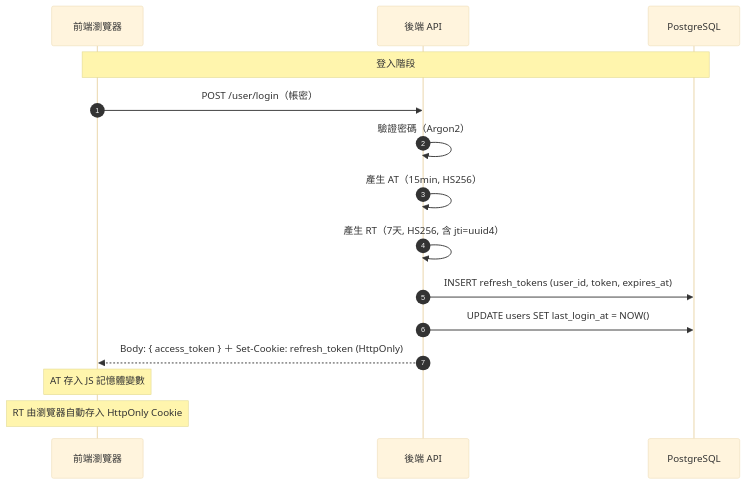
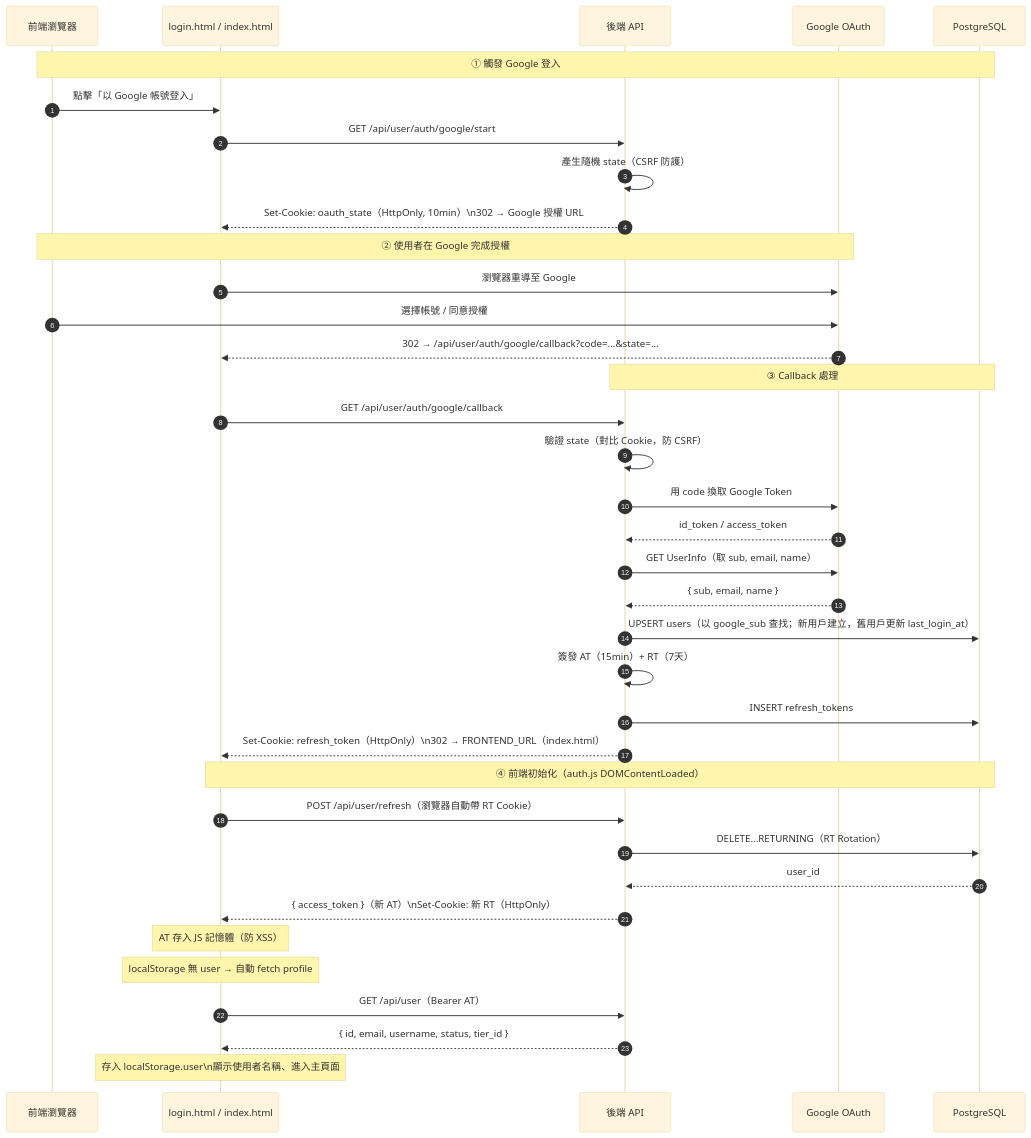
One commit to WilliamTsai1227/Stock-Insight-Chat changed the fourth of 7 diagrams in README.md. Above: the diagram before and after it, drawn with Mermaid (base theme). The commit also changed other lines of this file and 11 other files, not shown here.

````diff
--- a/README.md
+++ b/README.md
@@ -709,19 +709,44 @@
 ```mermaid
 sequenceDiagram
     autonumber
     participant User as 前端瀏覽器
+    participant FE as login.html / index.html
     participant API as 後端 API
+    participant Google as Google OAuth
     participant DB as PostgreSQL
 
-    Note over User, DB: 登入階段
-    User->>API: POST /user/login（帳密）
-    API->>API: 驗證密碼（Argon2）
-    API->>API: 產生 AT（15min, HS256）
-    API->>API: 產生 RT（7天, HS256, 含 jti=uuid4）
-    API->>DB: INSERT refresh_tokens (user_id, token, expires_at)
-    API->>DB: UPDATE users SET last_login_at = NOW()
-    API-->>User: Body: { access_token } ＋ Set-Cookie: refresh_token (HttpOnly)
+    Note over User, DB: ① 觸發 Google 登入
+    User->>FE: 點擊「以 Google 帳號登入」
+    FE->>API: GET /api/user/auth/google/start
+    API->>API: 產生隨機 state（CSRF 防護）
+    API-->>FE: Set-Cookie: oauth_state（HttpOnly, 10min）\n302 → Google 授權 URL
 
-    Note over User: AT 存入 JS 記憶體變數
-    Note over User: RT 由瀏覽器自動存入 HttpOnly Cookie
+    Note over User, Google: ② 使用者在 Google 完成授權
+    FE->>Google: 瀏覽器重導至 Google
+    User->>Google: 選擇帳號 / 同意授權
+    Google-->>FE: 302 → /api/user/auth/google/callback?code=...&state=...
+
+    Note over API, DB: ③ Callback 處理
+    FE->>API: GET /api/user/auth/google/callback
+    API->>API: 驗證 state（對比 Cookie，防 CSRF）
+    API->>Google: 用 code 換取 Google Token
+    Google-->>API: id_token / access_token
+    API->>Google: GET UserInfo（取 sub, email, name）
+    Google-->>API: { sub, email, name }
+    API->>DB: UPSERT users（以 google_sub 查找；新用戶建立，舊用戶更新 last_login_at）
+    API->>API: 簽發 AT（15min）+ RT（7天）
+    API->>DB: INSERT refresh_tokens
+    API-->>FE: Set-Cookie: refresh_token（HttpOnly）\n302 → FRONTEND_URL（index.html）
+
+    Note over FE, DB: ④ 前端初始化（auth.js DOMContentLoaded）
+    FE->>API: POST /api/user/refresh（瀏覽器自動帶 RT Cookie）
+    API->>DB: DELETE...RETURNING（RT Rotation）
+    DB-->>API: user_id
+    API-->>FE: { access_token }（新 AT）\nSet-Cookie: 新 RT（HttpOnly）
+    Note over FE: AT 存入 JS 記憶體（防 XSS）
+
+    Note over FE: localStorage 無 user → 自動 fetch profile
+    FE->>API: GET /api/user（Bearer AT）
+    API-->>FE: { id, email, username, status, tier_id }
+    Note over FE: 存入 localStorage.user\n顯示使用者名稱、進入主頁面
 ```
````
